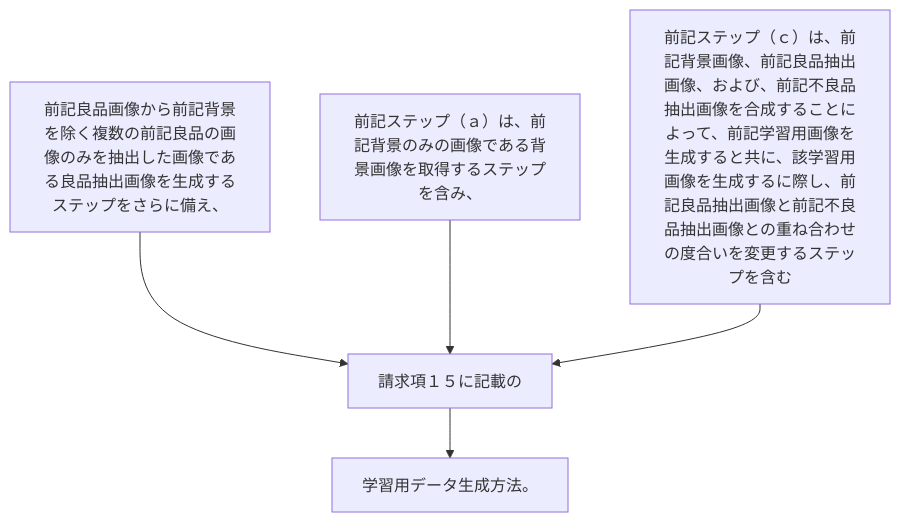
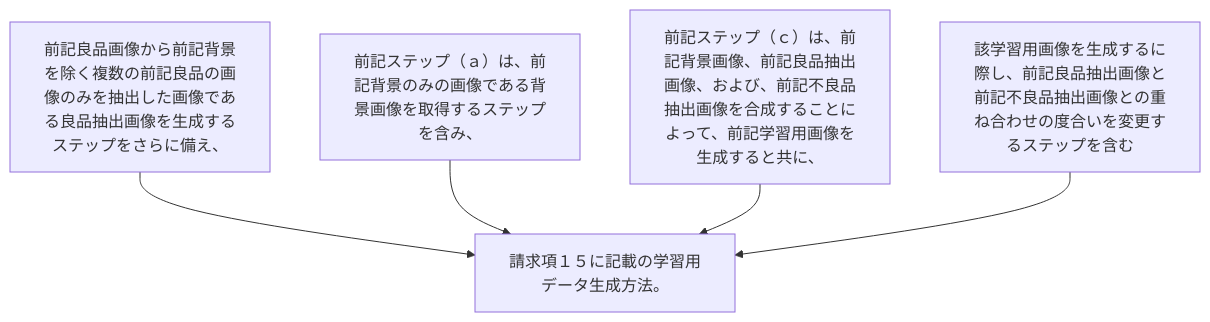
Before and after one commit to shinmori55/patent_analyzed: the diagram in 2024/JP2024000284A/claim_17/claim_17_graph.md, drawn with Mermaid. The commit also changed 15 other files, not shown here.

````diff
--- a/2024/JP2024000284A/claim_17/claim_17_graph.md
+++ b/2024/JP2024000284A/claim_17/claim_17_graph.md
@@ -1,12 +1,12 @@
 ```mermaid
 flowchart TD
 A[前記良品画像から前記背景を除く複数の前記良品の画像のみを抽出した画像である良品抽出画像を生成するステップをさらに備え、]
 B[前記ステップ（ａ）は、前記背景のみの画像である背景画像を取得するステップを含み、]
-C[前記ステップ（ｃ）は、前記背景画像、前記良品抽出画像、および、前記不良品抽出画像を合成することによって、前記学習用画像を生成すると共に、該学習用画像を生成するに際し、前記良品抽出画像と前記不良品抽出画像との重ね合わせの度合いを変更するステップを含む]
-D[請求項１５に記載の]
-E[学習用データ生成方法。]
-A --> D
-B --> D
-C --> D
+C[前記ステップ（ｃ）は、前記背景画像、前記良品抽出画像、および、前記不良品抽出画像を合成することによって、前記学習用画像を生成すると共に、]
+D[該学習用画像を生成するに際し、前記良品抽出画像と前記不良品抽出画像との重ね合わせの度合いを変更するステップを含む]
+E[請求項１５に記載の学習用データ生成方法。]
+A --> E
+B --> E
+C --> E
 D --> E
 ```
````
